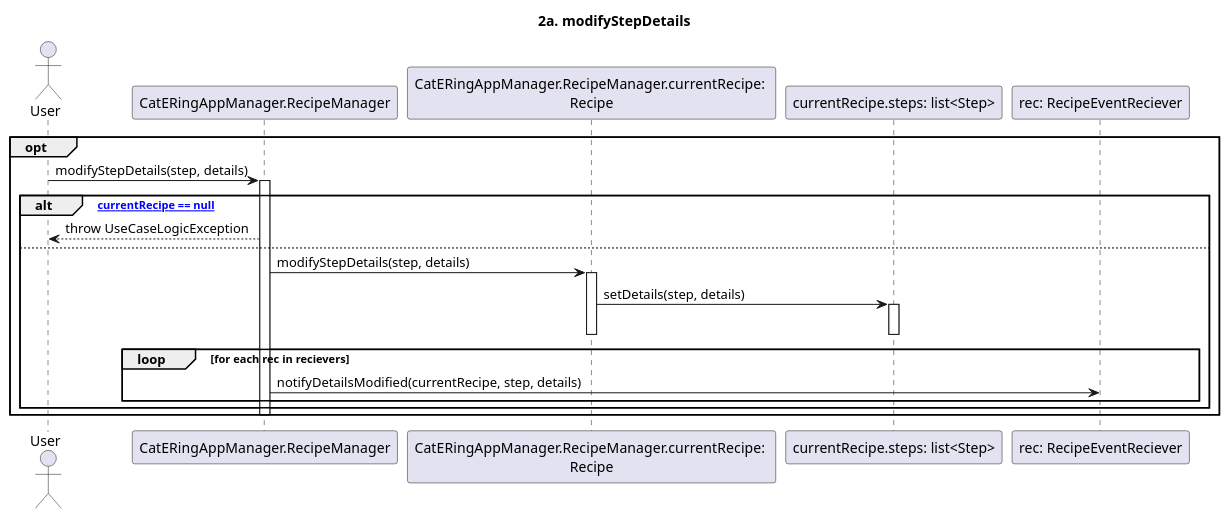
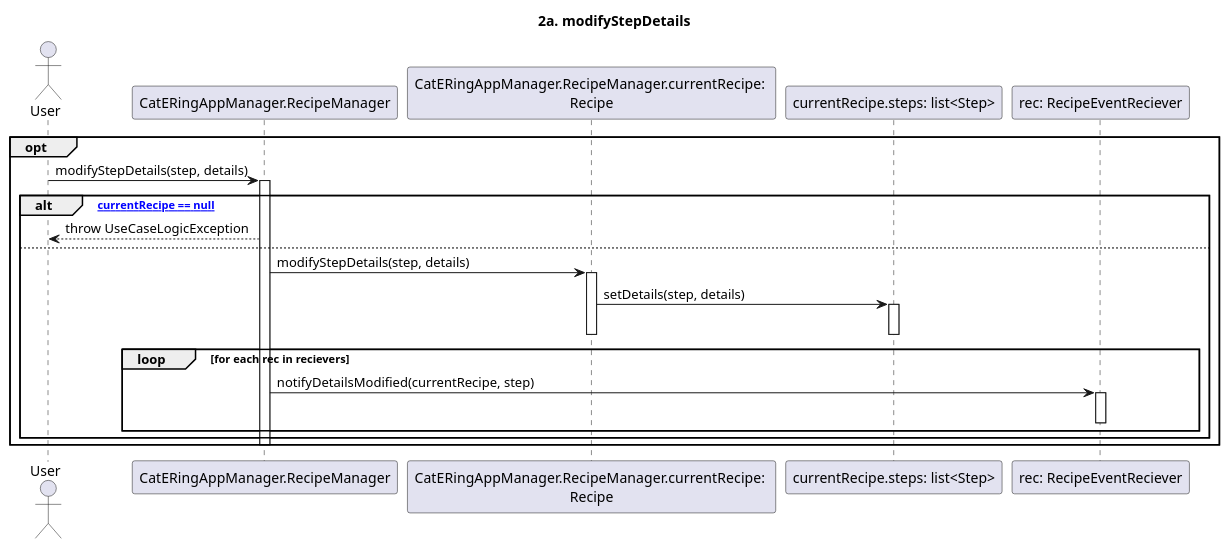
One commit to m0canu1/sas changed the diagram in dsd/dsd-ricette/estensioni/2a-modifyStep.md. Above: the diagram before and after it, drawn with PlantUML. The commit also changed 14 other files, not shown here.

````diff
--- a/dsd/dsd-ricette/estensioni/2a-modifyStep.md
+++ b/dsd/dsd-ricette/estensioni/2a-modifyStep.md
@@ -1,31 +1,33 @@
 ```plantuml
 
 title: 2a. modifyStepDetails
 
 Actor User
 Participant "CatERingAppManager.RecipeManager" as RM 
 Participant "CatERingAppManager.RecipeManager.currentRecipe: \nRecipe" as CR
 Participant "currentRecipe.steps: list<Step>" as CS 
 Participant "rec: RecipeEventReciever" as RER
 opt
     User -> RM: modifyStepDetails(step, details)
     Activate RM
     alt ["currentRecipe == null"]
         RM --> User: throw UseCaseLogicException
     
     else
         RM -> CR: modifyStepDetails(step, details)
         Activate CR
 
        
         CR -> CS: setDetails(step, details)
         Activate CS
         Deactivate CS       
         Deactivate CR
         loop for each rec in recievers
-        RM -> RER: notifyDetailsModified(currentRecipe, step, details)
+        RM -> RER: notifyDetailsModified(currentRecipe, step)
+        Activate RER
+        Deactivate RER
         end
     end
     Deactivate RM
 end
 ```
````
